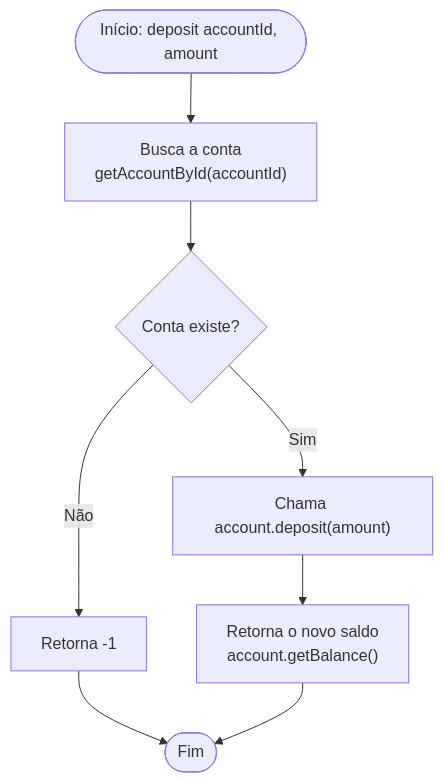
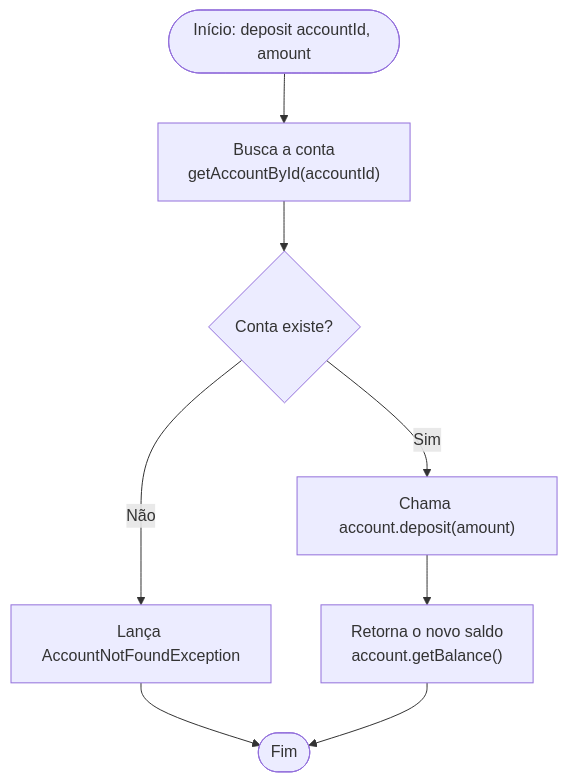
The second of 4 diagrams in doc/architecture/mermaid_level_1.md (guiassys/nubank-training), drawn with Mermaid before and after one commit. The commit also changed other lines of this file and 3 other files, not shown here.

Commit message:
fix: add exceptions in mermaid diagrans

````diff
--- a/doc/architecture/mermaid_level_1.md
+++ b/doc/architecture/mermaid_level_1.md
@@ -20,13 +20,13 @@
 ```mermaid
 flowchart TD
     Start([Início: deposit accountId, amount]) --> GetAccount["Busca a conta\ngetAccountById(accountId)"]
     
     GetAccount --> CheckAccount{Conta existe?}
-    CheckAccount -- Não --> ReturnError[Retorna -1]
+    CheckAccount -- Não --> ThrowNotFound[Lança AccountNotFoundException]
     CheckAccount -- Sim --> DepositAmount["Chama account.deposit(amount)"]
     
     DepositAmount --> GetBalance["Retorna o novo saldo\naccount.getBalance()"]
     
-    ReturnError --> End([Fim])
+    ThrowNotFound --> End([Fim])
     GetBalance --> End
 ```
````
